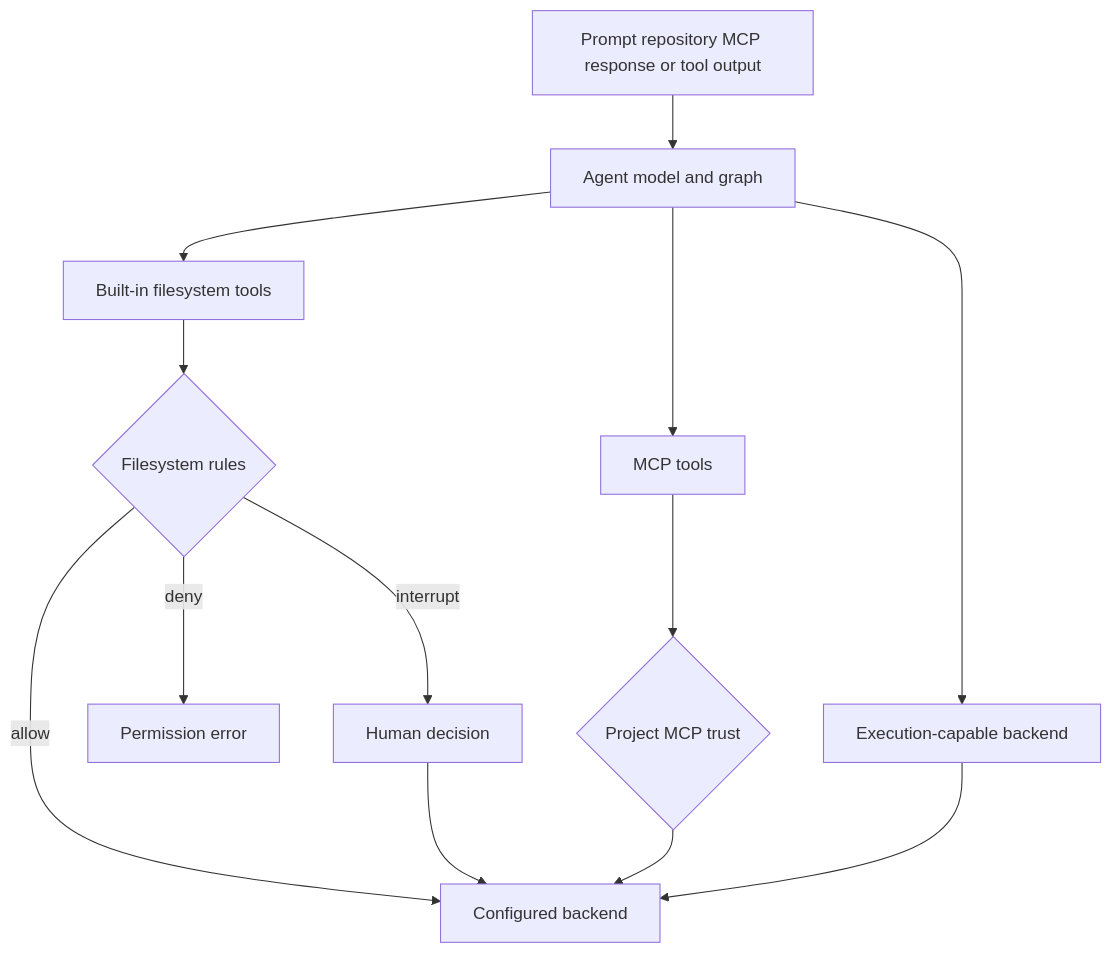
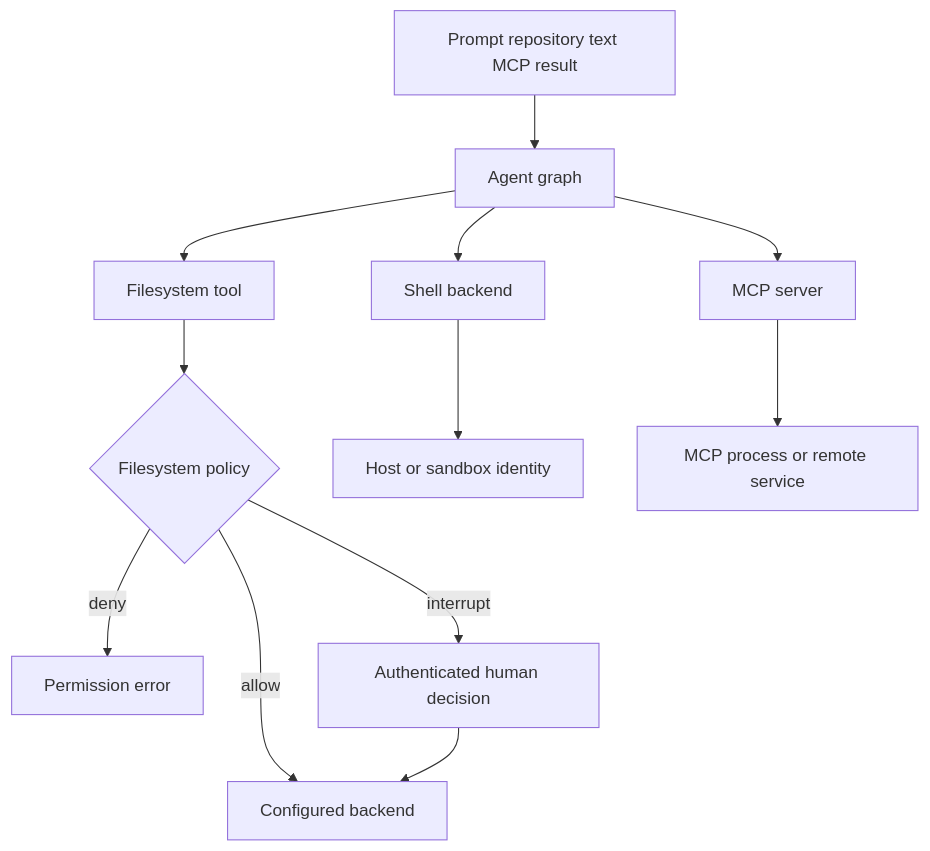
One commit to langchain-ai/deepagents changed the diagram in openwiki/operations/security.md. Above: the diagram before and after it, drawn with Mermaid. The commit also changed other lines of this file and 67 other files, not shown here.

````diff
--- a/openwiki/operations/security.md
+++ b/openwiki/operations/security.md
@@ -70,15 +67,14 @@
 ```mermaid
 flowchart TD
-    Input["Prompt repository MCP response or tool output"] --> Agent["Agent model and graph"]
-    Agent --> Fs["Built-in filesystem tools"]
-    Agent --> Mcp["MCP tools"]
-    Agent --> Exec["Execution-capable backend"]
-    Fs --> Rules{"Filesystem rules"}
+    Input["Prompt repository text MCP result"] --> Agent["Agent graph"]
+    Agent --> FSTool["Filesystem tool"]
+    Agent --> Shell["Shell backend"]
+    Agent --> MCP["MCP server"]
+    FSTool --> Rules{"Filesystem policy"}
     Rules -->|"deny"| Refuse["Permission error"]
-    Rules -->|"interrupt"| Review["Human decision"]
+    Rules -->|"interrupt"| Human["Authenticated human decision"]
     Rules -->|"allow"| Backend["Configured backend"]
-    Review --> Backend
-    Mcp --> Trust{"Project MCP trust"}
-    Trust --> Backend
-    Exec --> Backend
+    Human --> Backend
+    Shell --> Host["Host or sandbox identity"]
+    MCP --> Remote["MCP process or remote service"]
 ```
````
